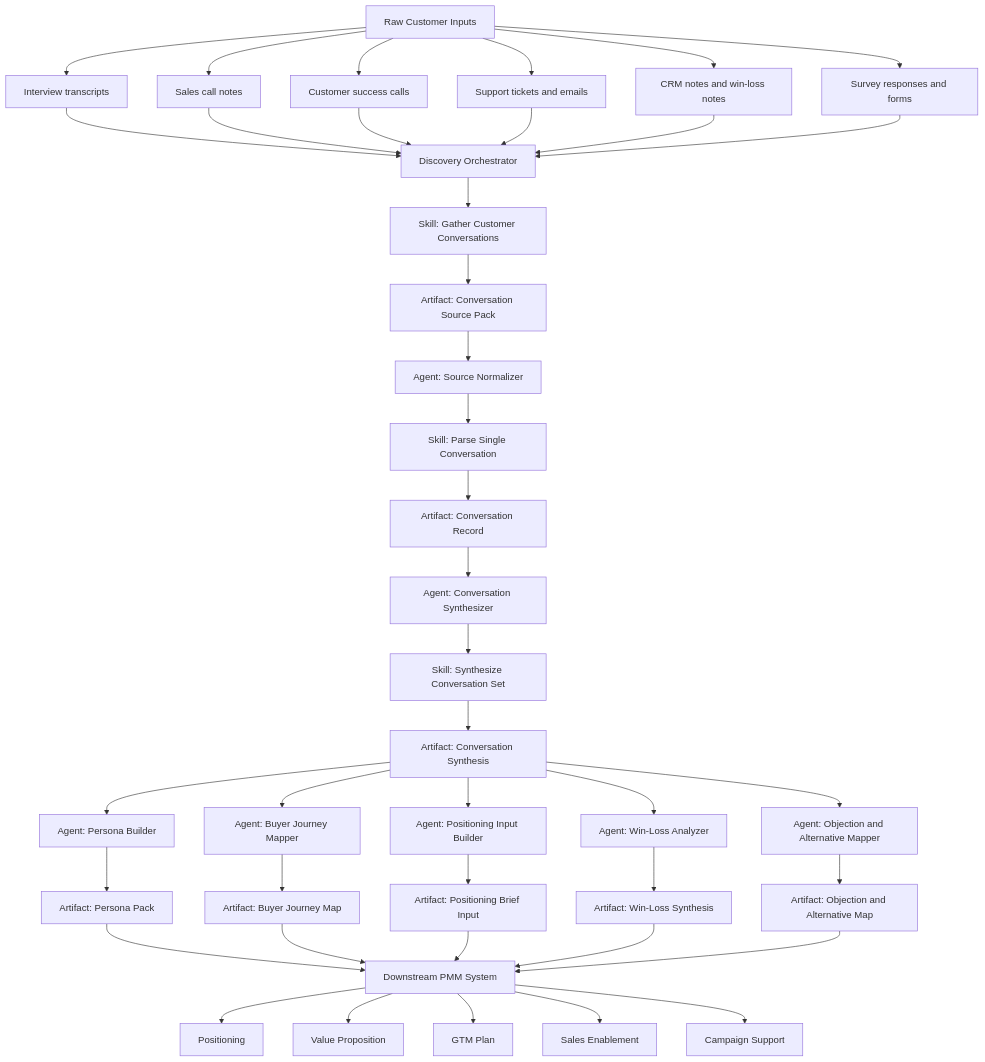
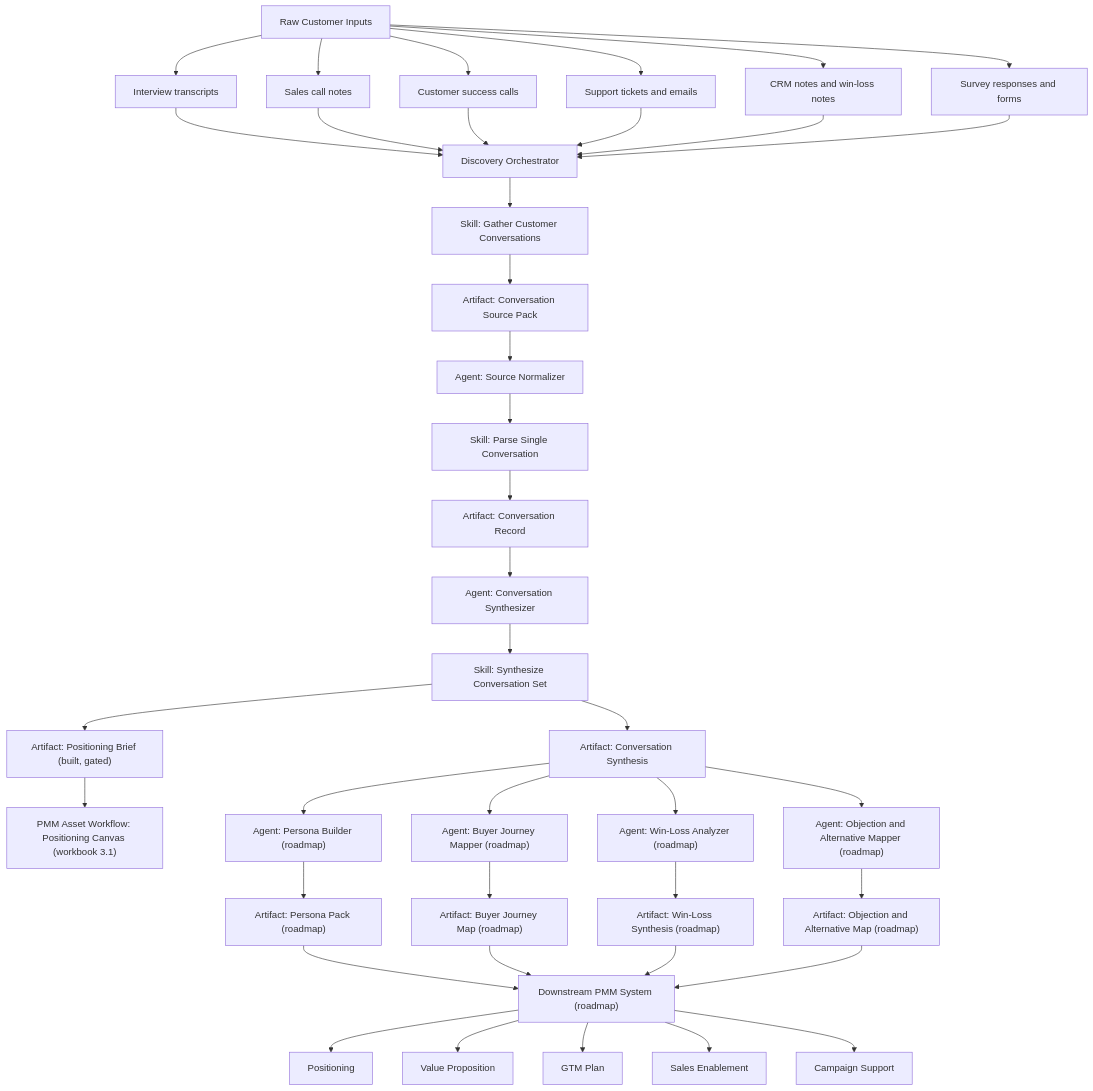
Before and after one commit to Jdl72/product-marketing: the first of 2 diagrams in docs/architecture/discovery-system-flow.md, drawn with Mermaid. The commit also changed other lines of this file and 19 other files, not shown here.

````diff
--- a/docs/architecture/discovery-system-flow.md
+++ b/docs/architecture/discovery-system-flow.md
@@ -38,51 +38,51 @@
 ```mermaid
 flowchart TD
     A["Raw Customer Inputs"] --> A1["Interview transcripts"]
     A --> A2["Sales call notes"]
     A --> A3["Customer success calls"]
     A --> A4["Support tickets and emails"]
     A --> A5["CRM notes and win-loss notes"]
     A --> A6["Survey responses and forms"]
 
     A1 --> B["Discovery Orchestrator"]
     A2 --> B
     A3 --> B
     A4 --> B
     A5 --> B
     A6 --> B
 
     B --> C1["Skill: Gather Customer Conversations"]
     C1 --> C2["Artifact: Conversation Source Pack"]
 
     C2 --> D1["Agent: Source Normalizer"]
     D1 --> D2["Skill: Parse Single Conversation"]
     D2 --> D3["Artifact: Conversation Record"]
 
     D3 --> E1["Agent: Conversation Synthesizer"]
     E1 --> E2["Skill: Synthesize Conversation Set"]
     E2 --> E3["Artifact: Conversation Synthesis"]
 
-    E3 --> F1["Agent: Persona Builder"]
-    E3 --> F2["Agent: Buyer Journey Mapper"]
-    E3 --> F3["Agent: Positioning Input Builder"]
-    E3 --> F4["Agent: Win-Loss Analyzer"]
-    E3 --> F5["Agent: Objection and Alternative Mapper"]
+    E2 --> E4["Artifact: Positioning Brief (built, gated)"]
+    E4 --> PMM["PMM Asset Workflow: Positioning Canvas (workbook 3.1)"]
 
-    F1 --> G1["Artifact: Persona Pack"]
-    F2 --> G2["Artifact: Buyer Journey Map"]
-    F3 --> G3["Artifact: Positioning Brief Input"]
-    F4 --> G4["Artifact: Win-Loss Synthesis"]
-    F5 --> G5["Artifact: Objection and Alternative Map"]
+    E3 --> F1["Agent: Persona Builder (roadmap)"]
+    E3 --> F2["Agent: Buyer Journey Mapper (roadmap)"]
+    E3 --> F4["Agent: Win-Loss Analyzer (roadmap)"]
+    E3 --> F5["Agent: Objection and Alternative Mapper (roadmap)"]
 
-    G1 --> H["Downstream PMM System"]
+    F1 --> G1["Artifact: Persona Pack (roadmap)"]
+    F2 --> G2["Artifact: Buyer Journey Map (roadmap)"]
+    F4 --> G4["Artifact: Win-Loss Synthesis (roadmap)"]
+    F5 --> G5["Artifact: Objection and Alternative Map (roadmap)"]
+
+    G1 --> H["Downstream PMM System (roadmap)"]
     G2 --> H
-    G3 --> H
     G4 --> H
     G5 --> H
 
     H --> H1["Positioning"]
     H --> H2["Value Proposition"]
     H --> H3["GTM Plan"]
     H --> H4["Sales Enablement"]
     H --> H5["Campaign Support"]
 ```
````
